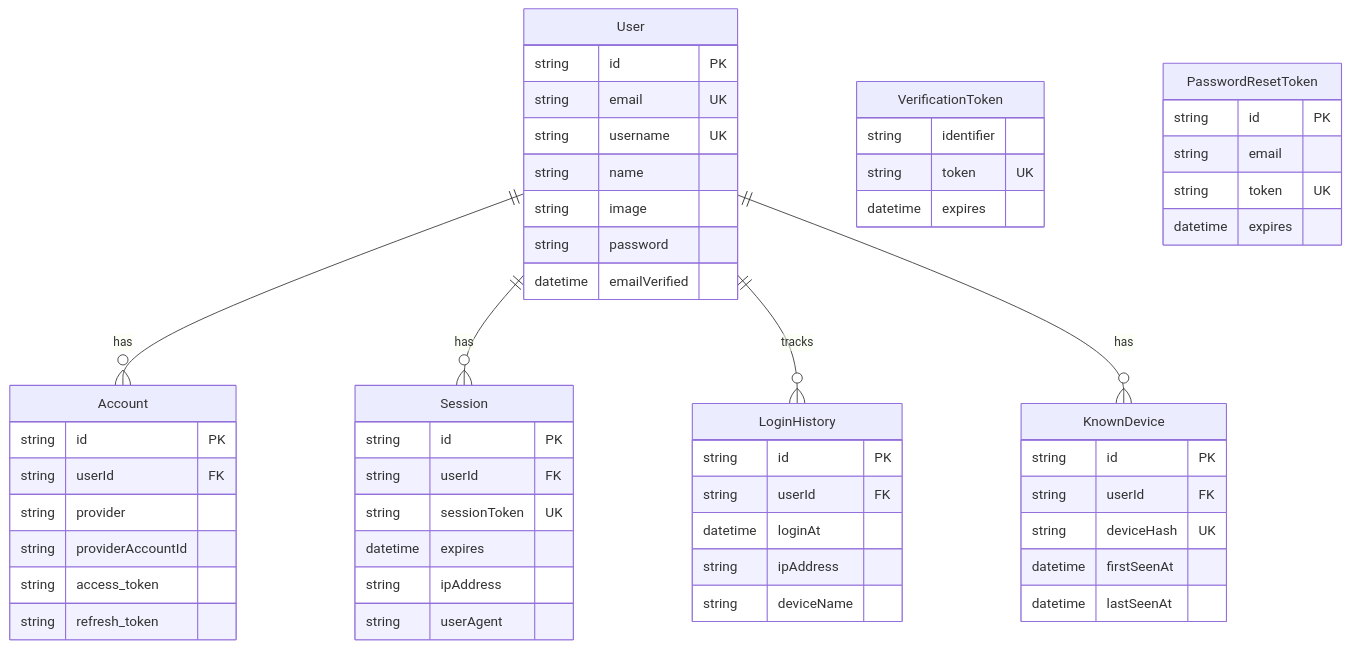
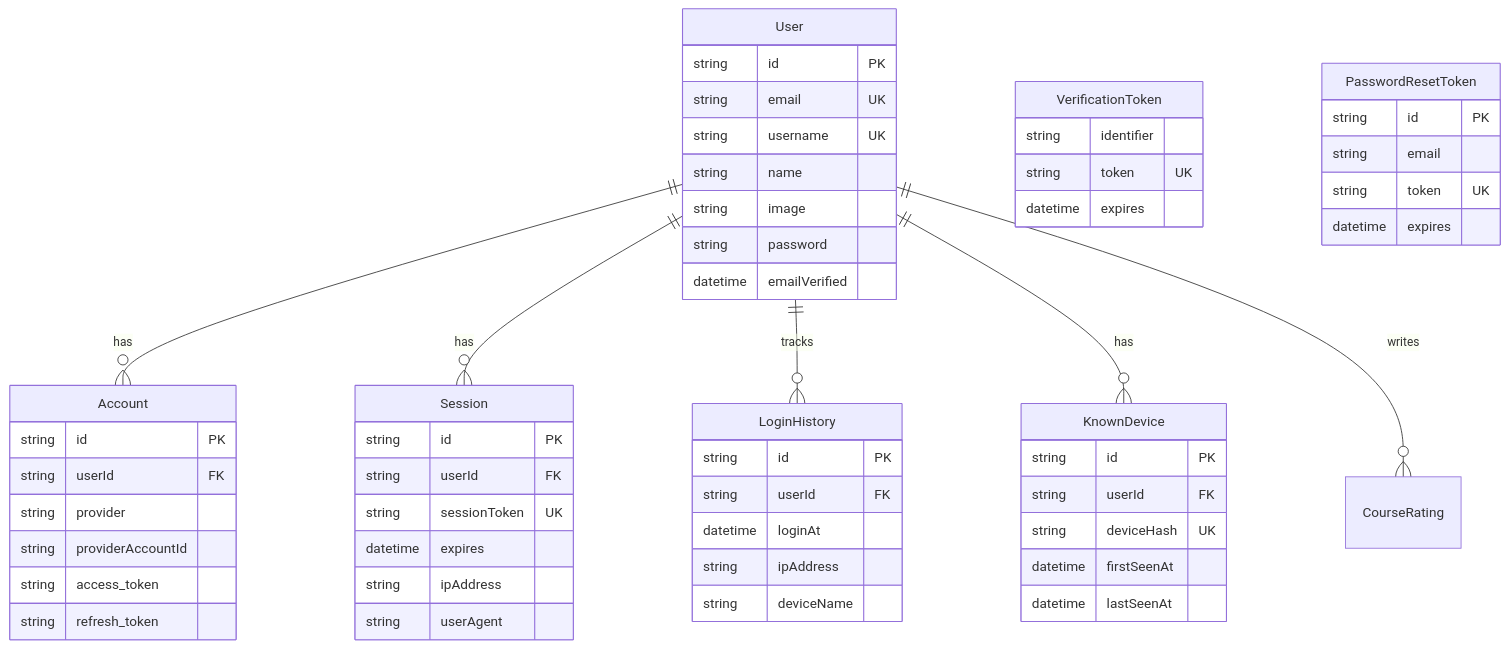
Before and after one commit to hdrwilkinson/learning-app: the diagram in apps/web/src/app/docs/reference/database-schema/auth-user/page.mdx, drawn with Mermaid. The commit also changed other lines of this file and 25 other files, not shown here.

````diff
--- a/apps/web/src/app/docs/reference/database-schema/auth-user/page.mdx
+++ b/apps/web/src/app/docs/reference/database-schema/auth-user/page.mdx
@@ -24,64 +24,65 @@
 ```mermaid
 erDiagram
     User ||--o{ Account : "has"
     User ||--o{ Session : "has"
     User ||--o{ LoginHistory : "tracks"
     User ||--o{ KnownDevice : "has"
+    User ||--o{ CourseRating : "writes"
 
     User {
         string id PK
         string email UK
         string username UK
         string name
         string image
         string password
         datetime emailVerified
     }
 
     Account {
         string id PK
         string userId FK
         string provider
         string providerAccountId
         string access_token
         string refresh_token
     }
 
     Session {
         string id PK
         string userId FK
         string sessionToken UK
         datetime expires
         string ipAddress
         string userAgent
     }
 
     LoginHistory {
         string id PK
         string userId FK
         datetime loginAt
         string ipAddress
         string deviceName
     }
 
     KnownDevice {
         string id PK
         string userId FK
         string deviceHash UK
         datetime firstSeenAt
         datetime lastSeenAt
     }
 
     VerificationToken {
         string identifier
         string token UK
         datetime expires
     }
 
     PasswordResetToken {
         string id PK
         string email
         string token UK
         datetime expires
     }
 ```
````
